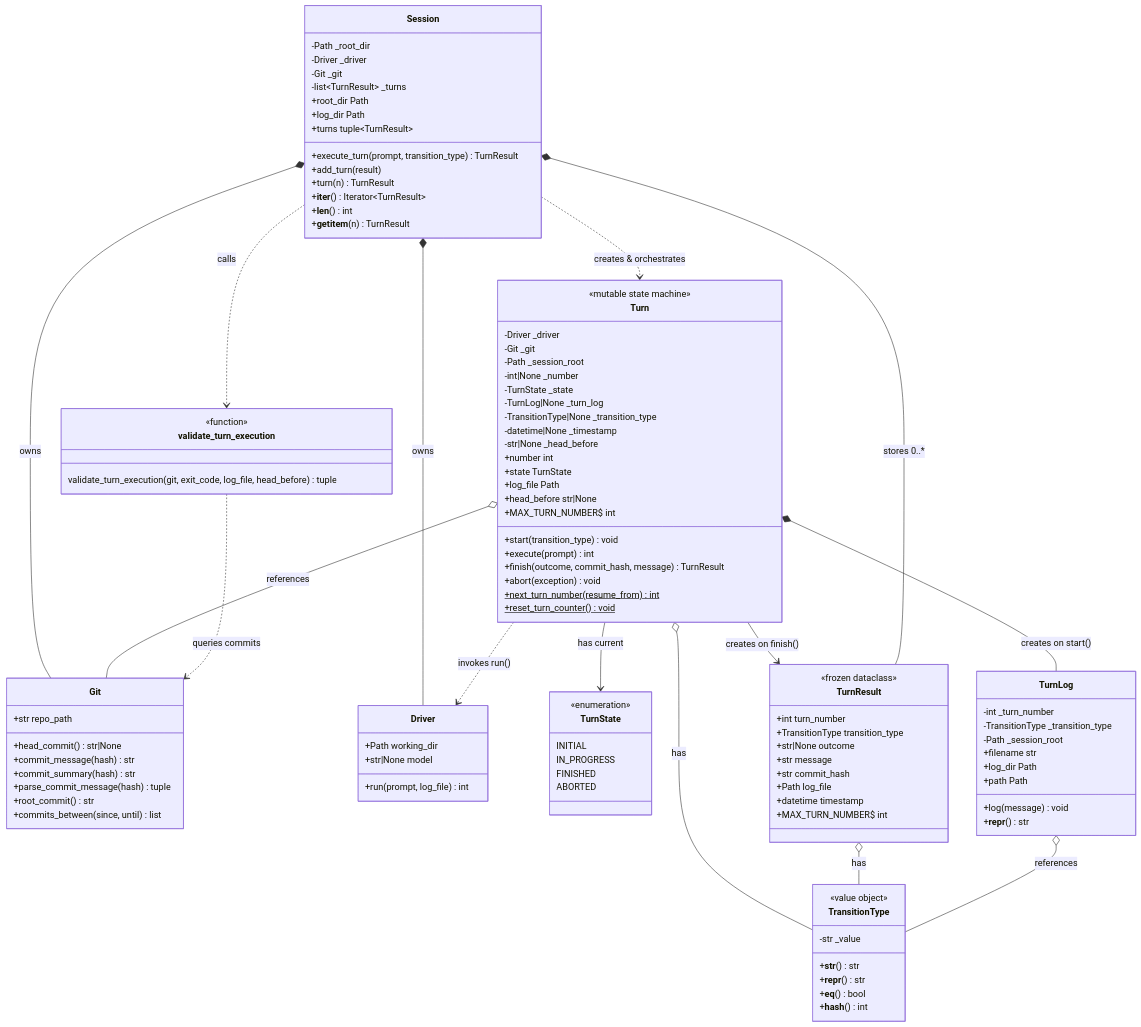
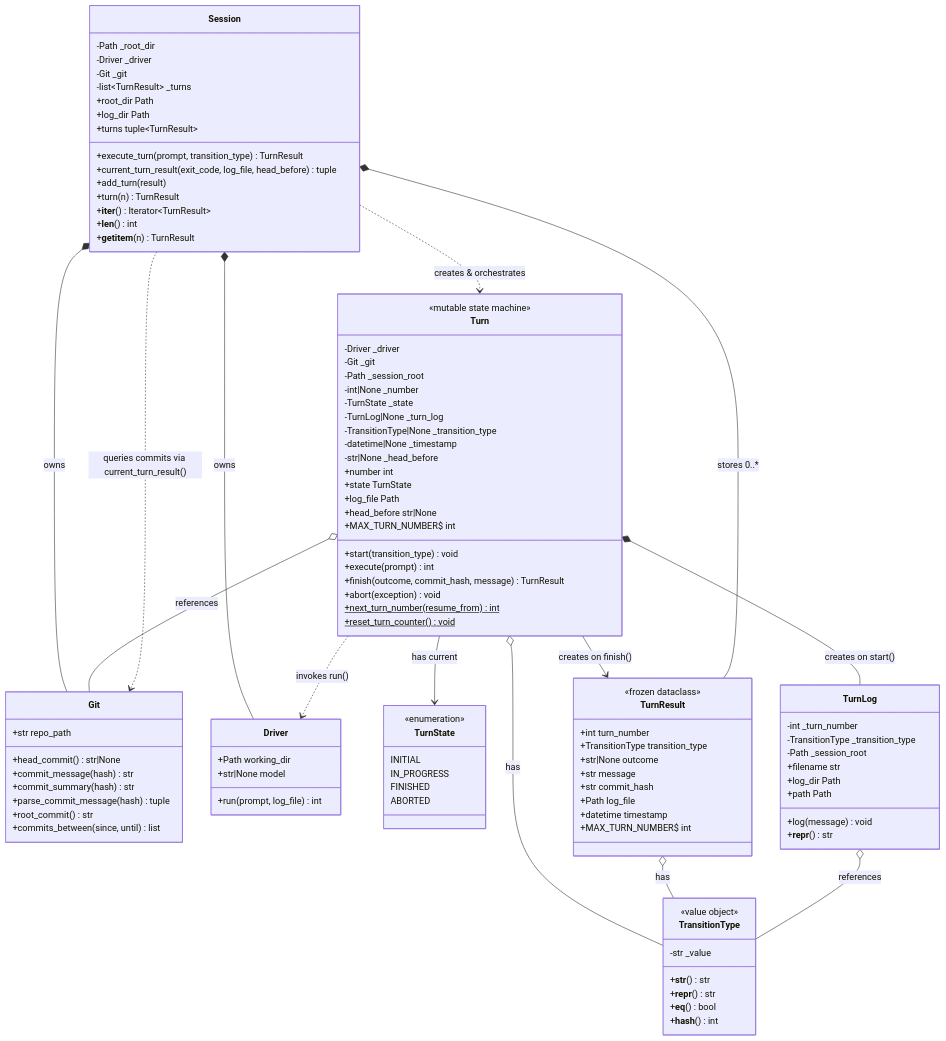
One commit to alexeyv/afk changed the diagram in docs/domain-model.md. Above: the diagram before and after it, drawn with Mermaid. The commit also changed other lines of this file and 3 other files, not shown here.

First line of the commit message:
refactor: Move validate_turn_execution to Session.current_turn_result()

````diff
--- a/docs/domain-model.md
+++ b/docs/domain-model.md
@@ -99,16 +99,12 @@
         +log_dir Path
         +turns tuple~TurnResult~
         +execute_turn(prompt, transition_type) TurnResult
+        +current_turn_result(exit_code, log_file, head_before) tuple
         +add_turn(result)
         +turn(n) TurnResult
         +__iter__() Iterator~TurnResult~
         +__len__() int
         +__getitem__(n) TurnResult
-    }
-
-    class validate_turn_execution {
-        <<function>>
-        validate_turn_execution(git, exit_code, log_file, head_before) tuple
     }
 
     %% Composition (ownership)
@@ -127,7 +123,6 @@
 
     %% Dependencies (uses)
     Session ..> Turn : creates & orchestrates
-    Session ..> validate_turn_execution : calls
+    Session ..> Git : queries commits via current_turn_result()
     Turn ..> Driver : invokes run()
-    validate_turn_execution ..> Git : queries commits
 ```
````
